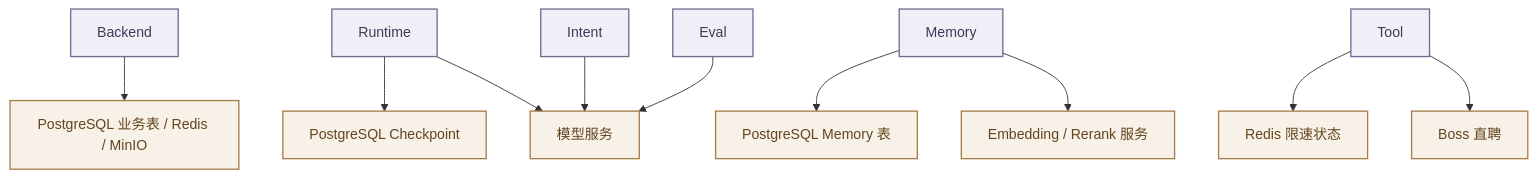
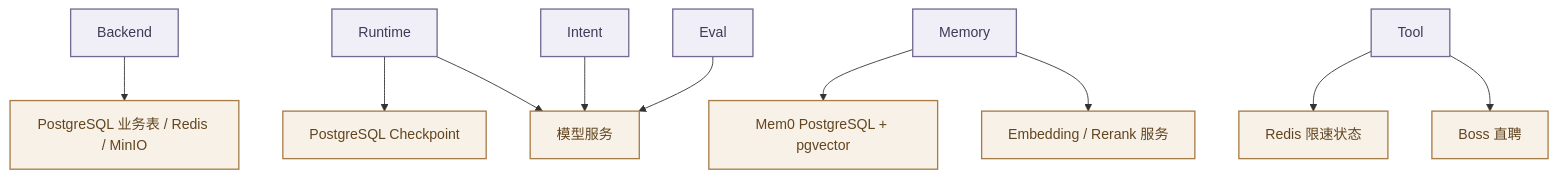
One commit to Logistic98/job-buddy changed the second of 4 diagrams in agent-doc/架构设计/系统架构与核心链路.md. Above: the diagram before and after it, drawn with Mermaid. The commit also changed other lines of this file and 27 other files, not shown here.

Commit message:
feat: integrate Mem0 with persistent memory storage

````diff
--- a/agent-doc/架构设计/系统架构与核心链路.md
+++ b/agent-doc/架构设计/系统架构与核心链路.md
@@ -75,17 +75,17 @@
 ```mermaid
 graph TD
     BACKEND[Backend] --> BDATA["PostgreSQL 业务表 / Redis / MinIO"]
     RUNTIME[Runtime] --> CHECKPOINT["PostgreSQL Checkpoint"]
-    MEMORY[Memory] --> MDATA["PostgreSQL Memory 表"]
+    MEMORY[Memory] --> MDATA["Mem0 PostgreSQL + pgvector"]
     MEMORY --> RETRIEVAL_MODEL["Embedding / Rerank 服务"]
     TOOL[Tool] --> TDATA["Redis 限速状态"]
     TOOL --> BOSS["Boss 直聘"]
     RUNTIME --> MODEL[模型服务]
     INTENT[Intent] --> MODEL
     EVAL[Eval] --> MODEL
 
     classDef service fill:#F0EEF6,stroke:#746A91,color:#403957,stroke-width:1.5px;
     classDef resource fill:#F8F1E7,stroke:#A67C48,color:#62451F,stroke-width:1.5px;
     class BACKEND,RUNTIME,MEMORY,TOOL,INTENT,EVAL service;
     class BDATA,CHECKPOINT,MDATA,TDATA,MODEL,RETRIEVAL_MODEL,BOSS resource;
 ```
````
